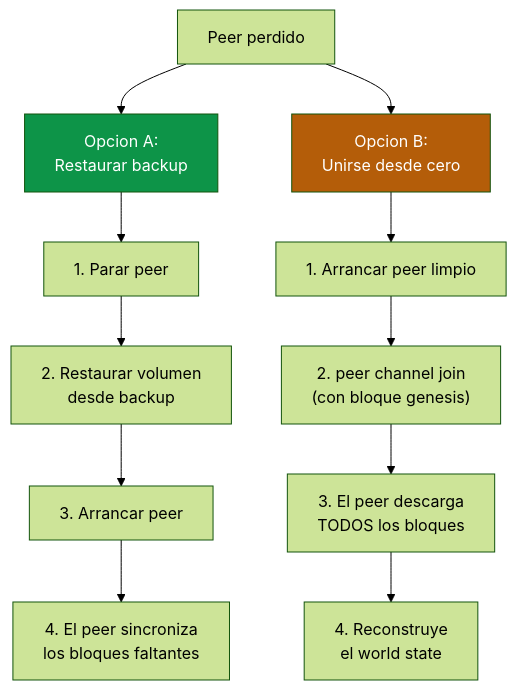
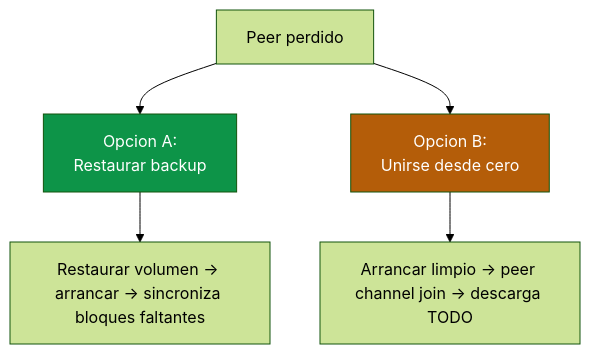
The seventh of 7 diagrams in docs/06-operaciones-administracion.md (jjnieto/fabric), drawn with Mermaid (forest theme) before and after one commit. The commit also changed other lines of this file, not shown here.

First line of the commit message:
Reescribir doc 06: conectar con red del doc 05, añadir despliegue chaincode

````diff
--- a/docs/06-operaciones-administracion.md
+++ b/docs/06-operaciones-administracion.md
@@ -372,18 +769,11 @@
 ```mermaid
 graph TB
     LOST["Peer perdido"] --> A["Opcion A:<br/>Restaurar backup"]
     LOST --> B["Opcion B:<br/>Unirse desde cero"]
 
-    A --> A1["1. Parar peer"]
-    A1 --> A2["2. Restaurar volumen<br/>desde backup"]
-    A2 --> A3["3. Arrancar peer"]
-    A3 --> A4["4. El peer sincroniza<br/>los bloques faltantes"]
-
-    B --> B1["1. Arrancar peer limpio"]
-    B1 --> B2["2. peer channel join<br/>(con bloque genesis)"]
-    B2 --> B3["3. El peer descarga<br/>TODOS los bloques"]
-    B3 --> B4["4. Reconstruye<br/>el world state"]
+    A --> A1["Restaurar volumen → arrancar → sincroniza bloques faltantes"]
+    B --> B1["Arrancar limpio → peer channel join → descarga TODO"]
 
     style A fill:#0D9448,color:#fff
     style B fill:#B45D09,color:#fff
 ```
````
